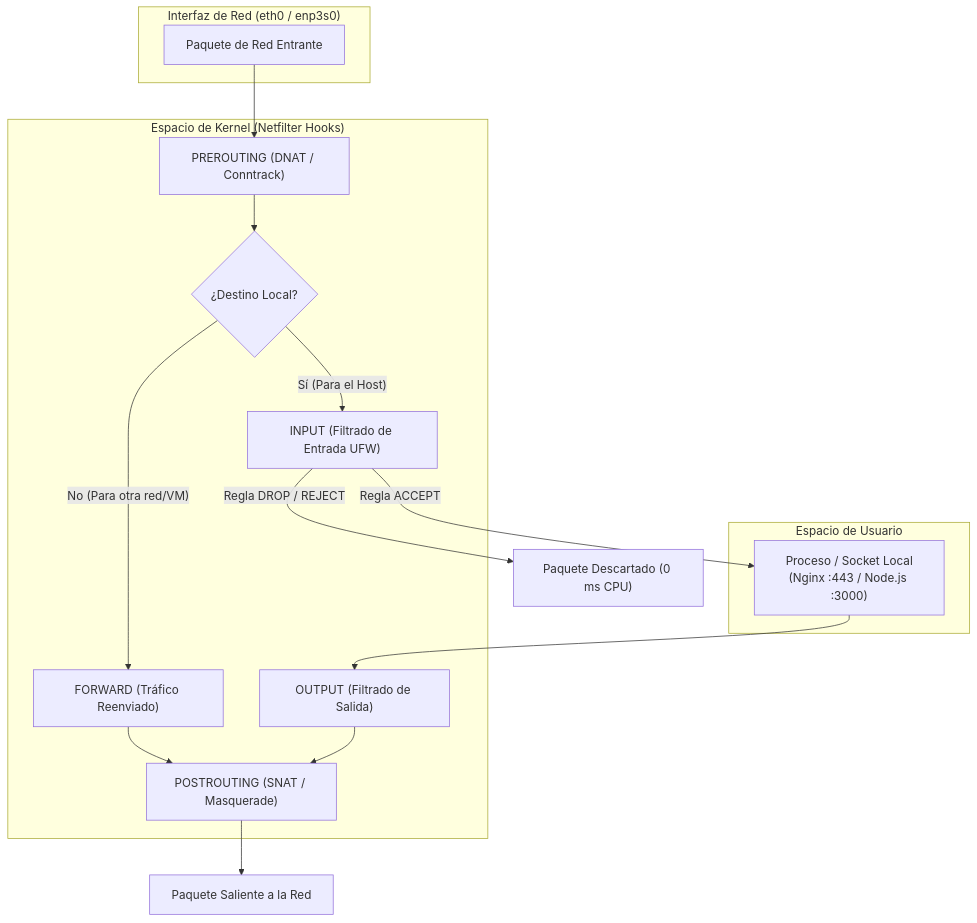
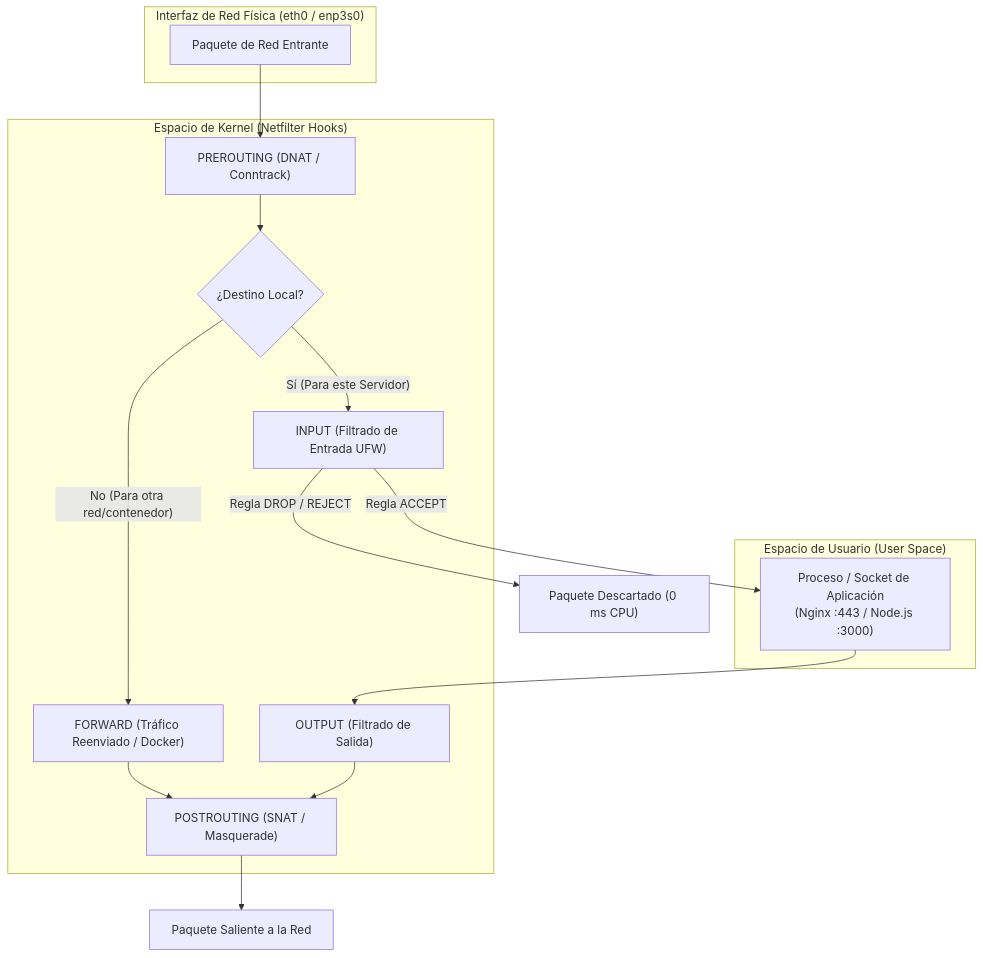
Before and after one commit to JorgeDoicela/jorge_doicela: the second of 3 diagrams in frontend/web/src/app/(software)/entities/infrastructure/drafts/es.firewall-linux-ufw-netfilter.md, drawn with Mermaid. The commit also changed other lines of this file and 4 other files, not shown here.

````diff
--- a/frontend/web/src/app/(software)/entities/infrastructure/drafts/es.firewall-linux-ufw-netfilter.md
+++ b/frontend/web/src/app/(software)/entities/infrastructure/drafts/es.firewall-linux-ufw-netfilter.md
@@ -12,30 +62,30 @@
 ```mermaid
 flowchart TD
-    subgraph NIC ["Interfaz de Red (eth0 / enp3s0)"]
+    subgraph NIC ["Interfaz de Red Física (eth0 / enp3s0)"]
         PacketIn["Paquete de Red Entrante"]
     end
 
     subgraph Kernel ["Espacio de Kernel (Netfilter Hooks)"]
         PREROUTING["PREROUTING (DNAT / Conntrack)"]
         ROUTING_DECISION{"¿Destino Local?"}
         INPUT["INPUT (Filtrado de Entrada UFW)"]
-        FORWARD["FORWARD (Tráfico Reenviado)"]
+        FORWARD["FORWARD (Tráfico Reenviado / Docker)"]
         OUTPUT["OUTPUT (Filtrado de Salida)"]
         POSTROUTING["POSTROUTING (SNAT / Masquerade)"]
     end
 
-    subgraph UserSpace ["Espacio de Usuario"]
-        SocketApp["Proceso / Socket Local\n(Nginx :443 / Node.js :3000)"]
+    subgraph UserSpace ["Espacio de Usuario (User Space)"]
+        SocketApp["Proceso / Socket de Aplicación\n(Nginx :443 / Node.js :3000)"]
     end
 
     PacketIn --> PREROUTING
     PREROUTING --> ROUTING_DECISION
-    ROUTING_DECISION -- "Sí (Para el Host)" --> INPUT
-    ROUTING_DECISION -- "No (Para otra red/VM)" --> FORWARD
+    ROUTING_DECISION -- "Sí (Para este Servidor)" --> INPUT
+    ROUTING_DECISION -- "No (Para otra red/contenedor)" --> FORWARD
     FORWARD --> POSTROUTING
     INPUT -- "Regla ACCEPT" --> SocketApp
     INPUT -- "Regla DROP / REJECT" --> Blackhole["Paquete Descartado (0 ms CPU)"]
     SocketApp --> OUTPUT
     OUTPUT --> POSTROUTING
     POSTROUTING --> NetOut["Paquete Saliente a la Red"]
 ```
````
